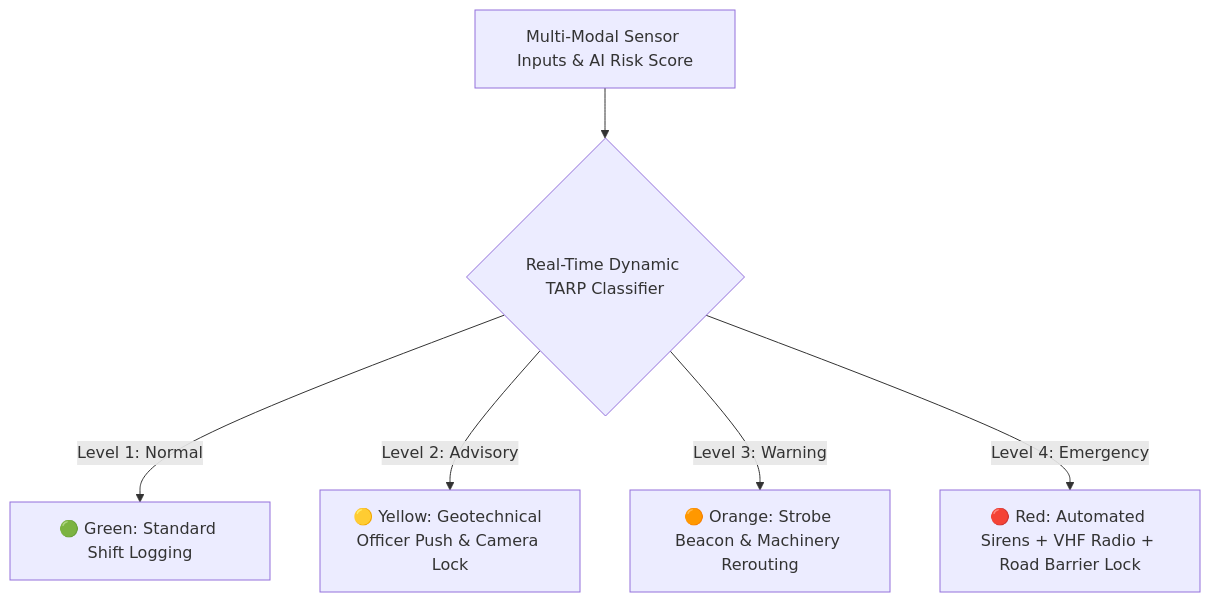
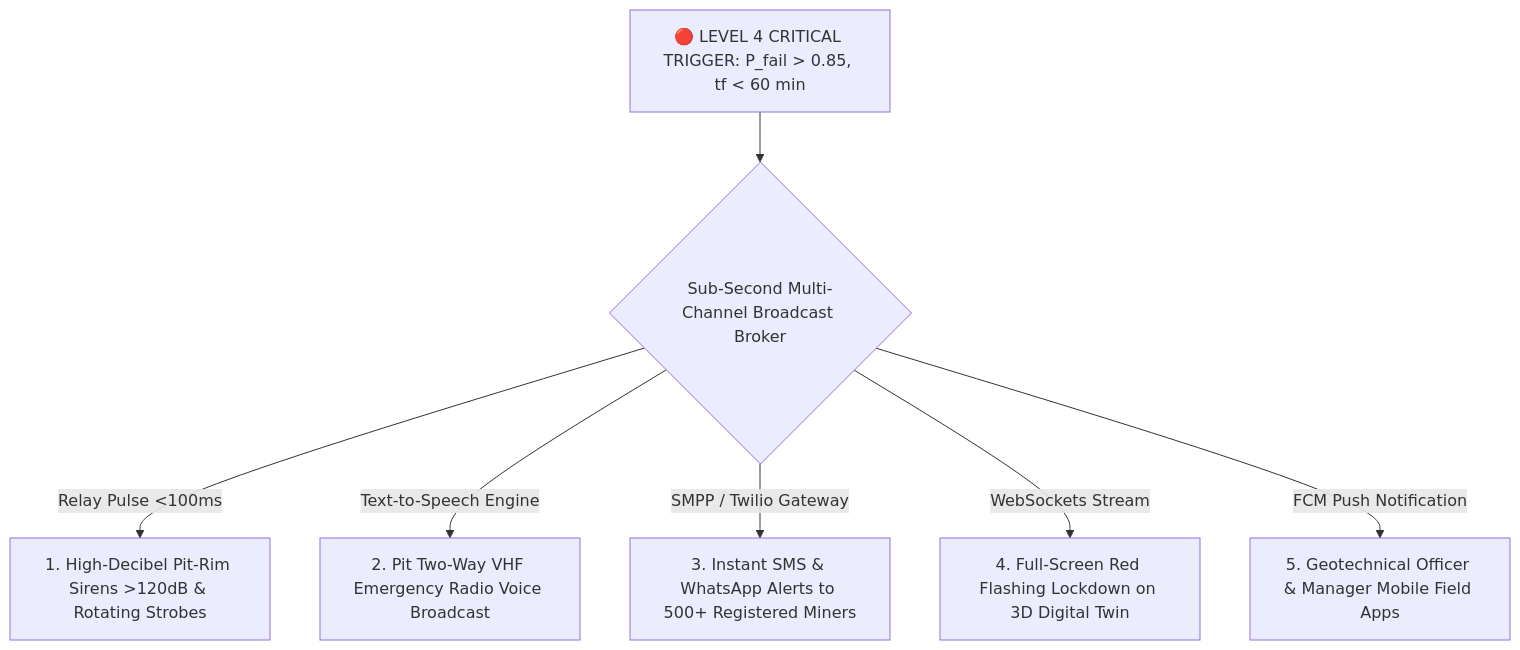
Before and after one commit to angelverman2021-a11y/Report: the third of 6 diagrams in docs/26_Early_Warning_TARP_Systems.md, drawn with Mermaid. The commit also changed other lines of this file, not shown here.

Commit message:
feat: Add comprehensive 21-section report for Existing Technology 26: Early-Warning / TARP Systems

````diff
--- a/docs/26_Early_Warning_TARP_Systems.md
+++ b/docs/26_Early_Warning_TARP_Systems.md
@@ -46,8 +172,10 @@
 ```mermaid
 flowchart TD
-    A[Multi-Modal Sensor Inputs & AI Risk Score] --> B{Real-Time Dynamic TARP Classifier}
-    B -->|Level 1: Normal| C[🟢 Green: Standard Shift Logging]
-    B -->|Level 2: Advisory| D[🟡 Yellow: Geotechnical Officer Push & Camera Lock]
-    B -->|Level 3: Warning| E[🟠 Orange: Strobe Beacon & Machinery Rerouting]
-    B -->|Level 4: Emergency| F[🔴 Red: Automated Sirens + VHF Radio + Road Barrier Lock]
+    TARP_RED[🔴 LEVEL 4 CRITICAL TRIGGER: P_fail > 0.85, tf < 60 min] --> BROADCAST{Sub-Second Multi-Channel Broadcast Broker}
+
+    BROADCAST -->|Relay Pulse <100ms| SIREN[1. High-Decibel Pit-Rim Sirens >120dB & Rotating Strobes]
+    BROADCAST -->|Text-to-Speech Engine| VHF[2. Pit Two-Way VHF Emergency Radio Voice Broadcast]
+    BROADCAST -->|SMPP / Twilio Gateway| SMS[3. Instant SMS & WhatsApp Alerts to 500+ Registered Miners]
+    BROADCAST -->|WebSockets Stream| DASH[4. Full-Screen Red Flashing Lockdown on 3D Digital Twin]
+    BROADCAST -->|FCM Push Notification| MOBILE[5. Geotechnical Officer & Manager Mobile Field Apps]
 ```
````
